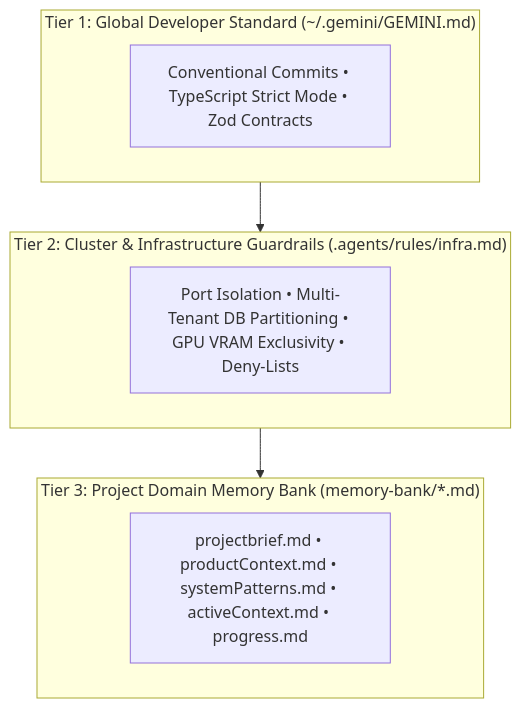
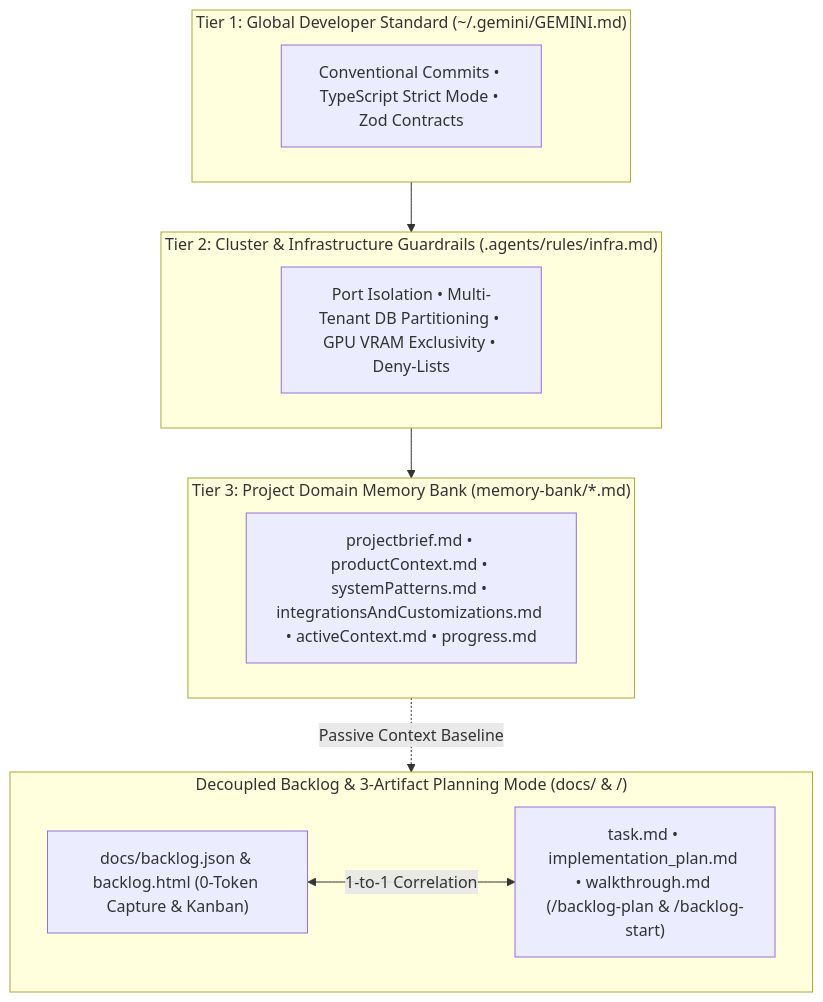
One commit to johnny-saigon/antigravity-memory-bank changed the first of 3 diagrams in README.md. Above: the diagram before and after it, drawn with Mermaid. The commit also changed other lines of this file and 6 other files, not shown here.

Commit message:
docs(planning): expand installation and user guide for correlated 3-artifact Planning Mode [skip ci]

````diff
--- a/README.md
+++ b/README.md
@@ -14,16 +14,23 @@
 ```mermaid
 flowchart TD
   subgraph T1["Tier 1: Global Developer Standard (~/.gemini/GEMINI.md)"]
     G1["Conventional Commits • TypeScript Strict Mode • Zod Contracts"]
   end
 
   subgraph T2["Tier 2: Cluster & Infrastructure Guardrails (.agents/rules/infra.md)"]
     G2["Port Isolation • Multi-Tenant DB Partitioning • GPU VRAM Exclusivity • Deny-Lists"]
   end
 
   subgraph T3["Tier 3: Project Domain Memory Bank (memory-bank/*.md)"]
-    G3["projectbrief.md • productContext.md • systemPatterns.md • activeContext.md • progress.md"]
+    G3["projectbrief.md • productContext.md • systemPatterns.md • integrationsAndCustomizations.md • activeContext.md • progress.md"]
+  end
+
+  subgraph OPS["Decoupled Backlog & 3-Artifact Planning Mode (docs/ & <brainDir>/)"]
+    B1["docs/backlog.json & backlog.html (0-Token Capture & Kanban)"]
+    P1["task.md • implementation_plan.md • walkthrough.md (/backlog-plan & /backlog-start)"]
   end
 
   T1 --> T2 --> T3
+  T3 -. "Passive Context Baseline" .-> OPS
+  B1 <-->|"1-to-1 Correlation"| P1
 ```
````
